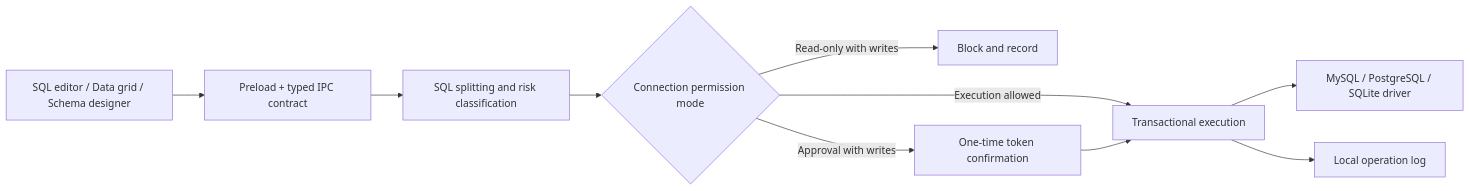
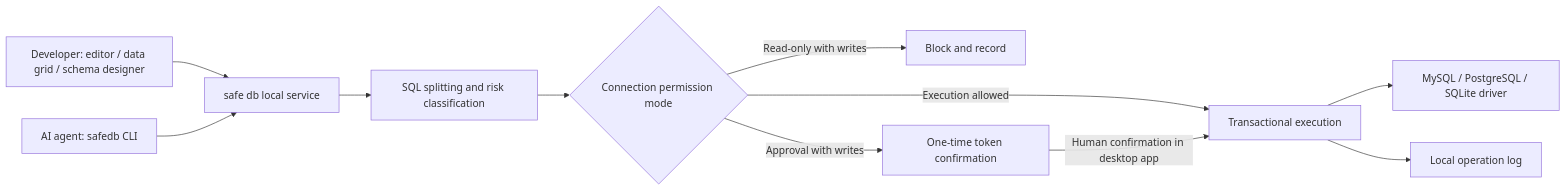
One commit to qq1060656096/safe-db changed the diagram in README_EN.md. Above: the diagram before and after it, drawn with Mermaid. The commit also changed other lines of this file and 31 other files, not shown here.

Commit message:
feat: 增加 AI Agent CLI 与对象浏览能力

````diff
--- a/README_EN.md
+++ b/README_EN.md
@@ -69,12 +128,13 @@
 ```mermaid
 flowchart LR
-    UI["SQL editor / Data grid / Schema designer"] --> IPC["Preload + typed IPC contract"]
-    IPC --> Split["SQL splitting and risk classification"]
+    Human["Developer: editor / data grid / schema designer"] --> Gateway["safe db local service"]
+    Agent["AI agent: safedb CLI"] --> Gateway
+    Gateway --> Split["SQL splitting and risk classification"]
     Split --> Policy{"Connection permission mode"}
     Policy -->|Read-only with writes| Deny["Block and record"]
     Policy -->|Approval with writes| Confirm["One-time token confirmation"]
     Policy -->|Execution allowed| Tx["Transactional execution"]
-    Confirm --> Tx
+    Confirm -->|Human confirmation in desktop app| Tx
     Tx --> Driver["MySQL / PostgreSQL / SQLite driver"]
     Tx --> Audit["Local operation log"]
 ```
````
